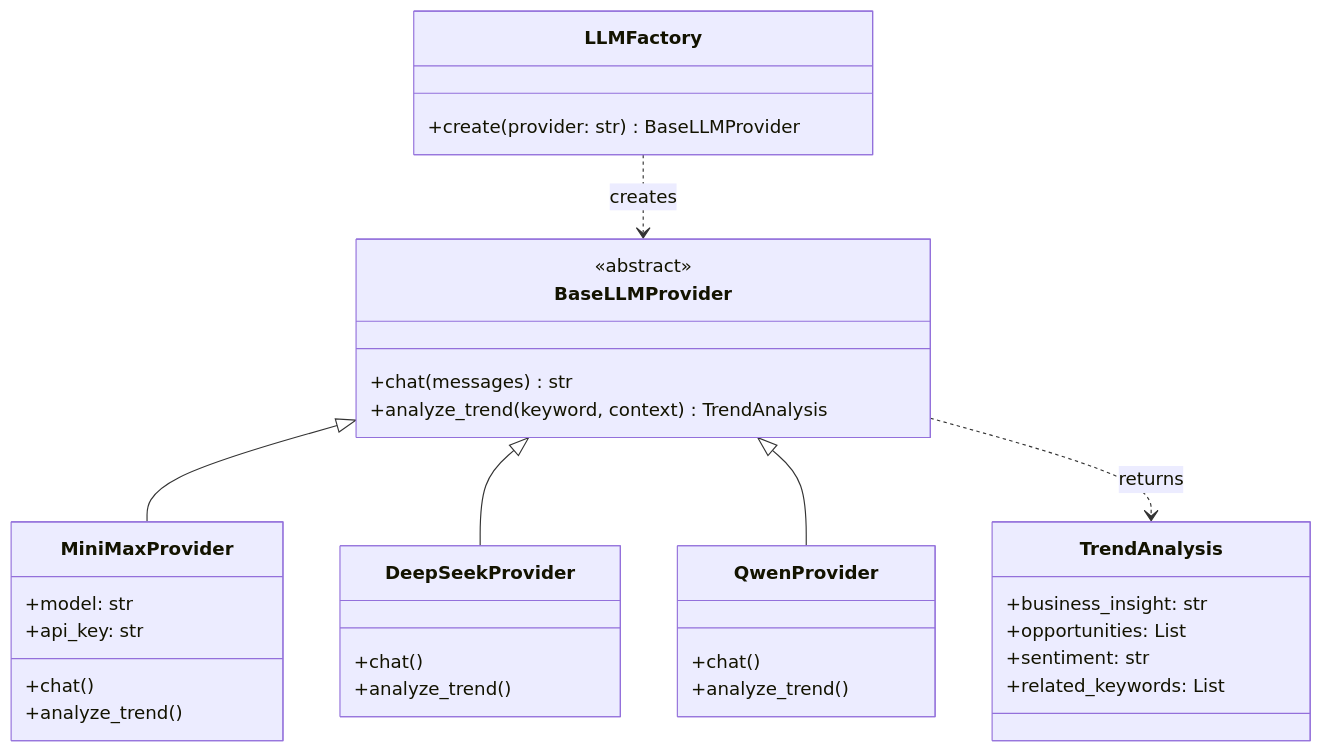
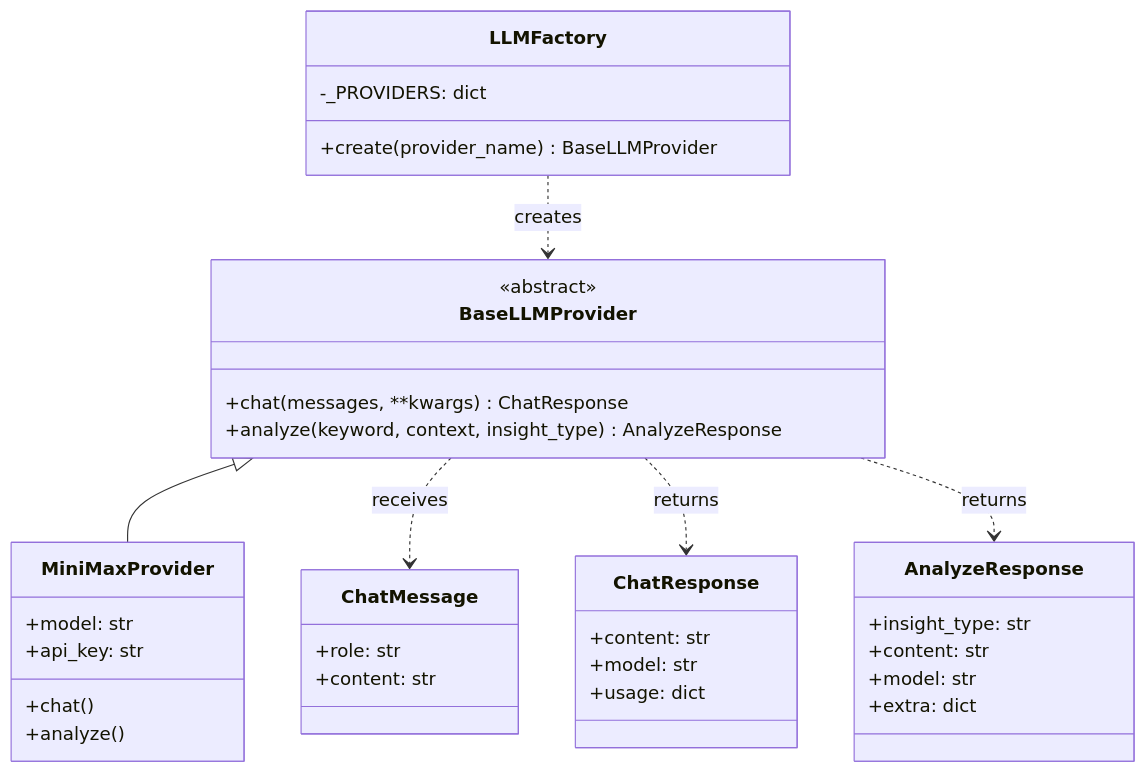
The fourth of 7 diagrams in docs/ARCHITECTURE.md (JHZhang2736/trendTracker), drawn with Mermaid before and after one commit. The commit also changed other lines of this file and 34 other files, not shown here.

````diff
--- a/docs/ARCHITECTURE.md
+++ b/docs/ARCHITECTURE.md
@@ -171,42 +167,44 @@
 ```mermaid
 classDiagram
     class BaseLLMProvider {
         <<abstract>>
-        +chat(messages) str
-        +analyze_trend(keyword, context) TrendAnalysis
+        +chat(messages, **kwargs) ChatResponse
+        +analyze(keyword, context, insight_type) AnalyzeResponse
     }
 
     class LLMFactory {
-        +create(provider: str) BaseLLMProvider
+        -_PROVIDERS: dict
+        +create(provider_name) BaseLLMProvider
     }
 
     class MiniMaxProvider {
         +model: str
         +api_key: str
         +chat()
-        +analyze_trend()
+        +analyze()
     }
 
-    class DeepSeekProvider {
-        +chat()
-        +analyze_trend()
+    class ChatMessage {
+        +role: str
+        +content: str
     }
 
-    class QwenProvider {
-        +chat()
-        +analyze_trend()
+    class ChatResponse {
+        +content: str
+        +model: str
+        +usage: dict
     }
 
-    class TrendAnalysis {
-        +business_insight: str
-        +opportunities: List
-        +sentiment: str
-        +related_keywords: List
+    class AnalyzeResponse {
+        +insight_type: str
+        +content: str
+        +model: str
+        +extra: dict
     }
 
     BaseLLMProvider <|-- MiniMaxProvider
-    BaseLLMProvider <|-- DeepSeekProvider
-    BaseLLMProvider <|-- QwenProvider
     LLMFactory ..> BaseLLMProvider : creates
-    BaseLLMProvider ..> TrendAnalysis : returns
+    BaseLLMProvider ..> ChatMessage : receives
+    BaseLLMProvider ..> ChatResponse : returns
+    BaseLLMProvider ..> AnalyzeResponse : returns
 ```
````
